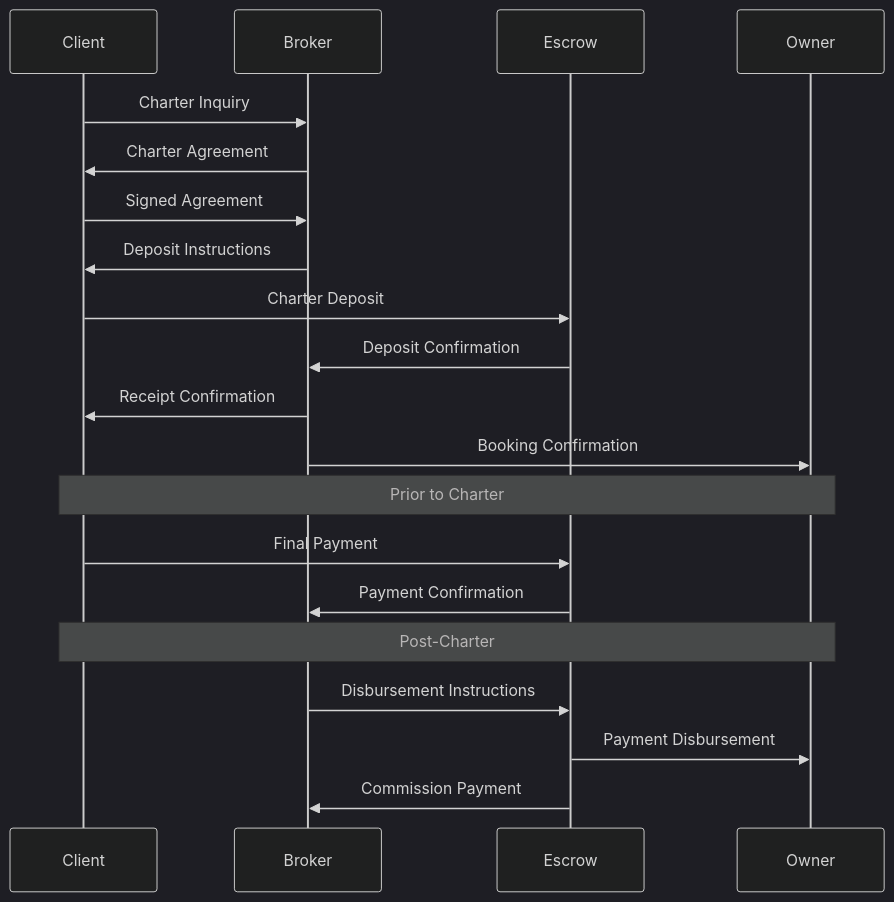
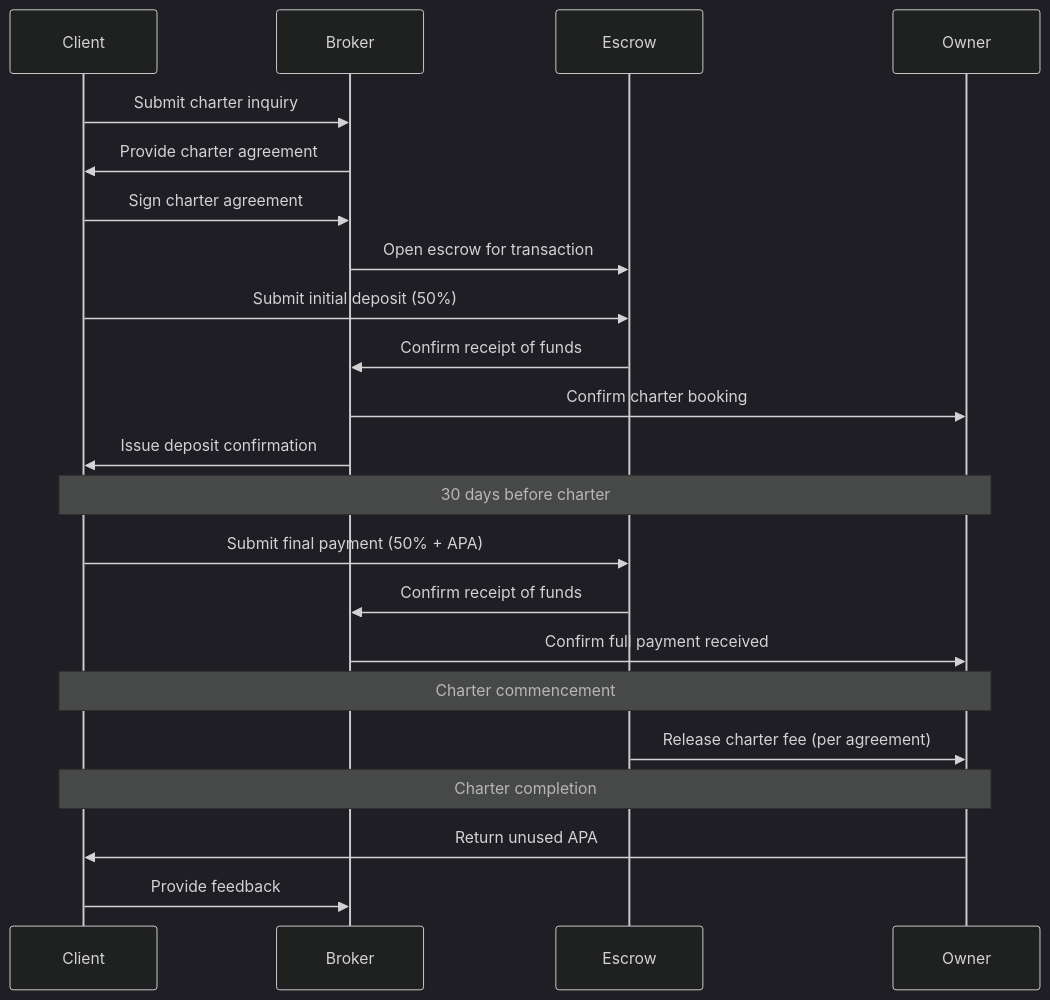
The second of 2 diagrams in docs/legal-framework/financial-transaction-framework.md (szemkoff/azurecharters), drawn with Mermaid (dark theme) before and after one commit. The commit also changed other lines of this file and 1 other file, not shown here.

Commit message:
Update Financial Transaction Framework with IYBA standards and sidebar position

````diff
--- a/docs/legal-framework/financial-transaction-framework.md
+++ b/docs/legal-framework/financial-transaction-framework.md
@@ -148,27 +184,31 @@
 ```mermaid
 sequenceDiagram
     participant Client
     participant Broker
     participant Escrow
     participant Owner
     
-    Client->>Broker: Charter Inquiry
-    Broker->>Client: Charter Agreement
-    Client->>Broker: Signed Agreement
-    Broker->>Client: Deposit Instructions
-    Client->>Escrow: Charter Deposit
-    Escrow->>Broker: Deposit Confirmation
-    Broker->>Client: Receipt Confirmation
-    Broker->>Owner: Booking Confirmation
+    Client->>Broker: Submit charter inquiry
+    Broker->>Client: Provide charter agreement
+    Client->>Broker: Sign charter agreement
+    Broker->>Escrow: Open escrow for transaction
+    Client->>Escrow: Submit initial deposit (50%)
+    Escrow->>Broker: Confirm receipt of funds
+    Broker->>Owner: Confirm charter booking
+    Broker->>Client: Issue deposit confirmation
     
-    Note over Client,Owner: Prior to Charter
+    Note over Client,Owner: 30 days before charter
     
-    Client->>Escrow: Final Payment
-    Escrow->>Broker: Payment Confirmation
+    Client->>Escrow: Submit final payment (50% + APA)
+    Escrow->>Broker: Confirm receipt of funds
+    Broker->>Owner: Confirm full payment received
     
-    Note over Client,Owner: Post-Charter
+    Note over Client,Owner: Charter commencement
     
-    Broker->>Escrow: Disbursement Instructions
-    Escrow->>Owner: Payment Disbursement
-    Escrow->>Broker: Commission Payment
+    Escrow->>Owner: Release charter fee (per agreement)
+    
+    Note over Client,Owner: Charter completion
+    
+    Owner->>Client: Return unused APA
+    Client->>Broker: Provide feedback
 ```
````
